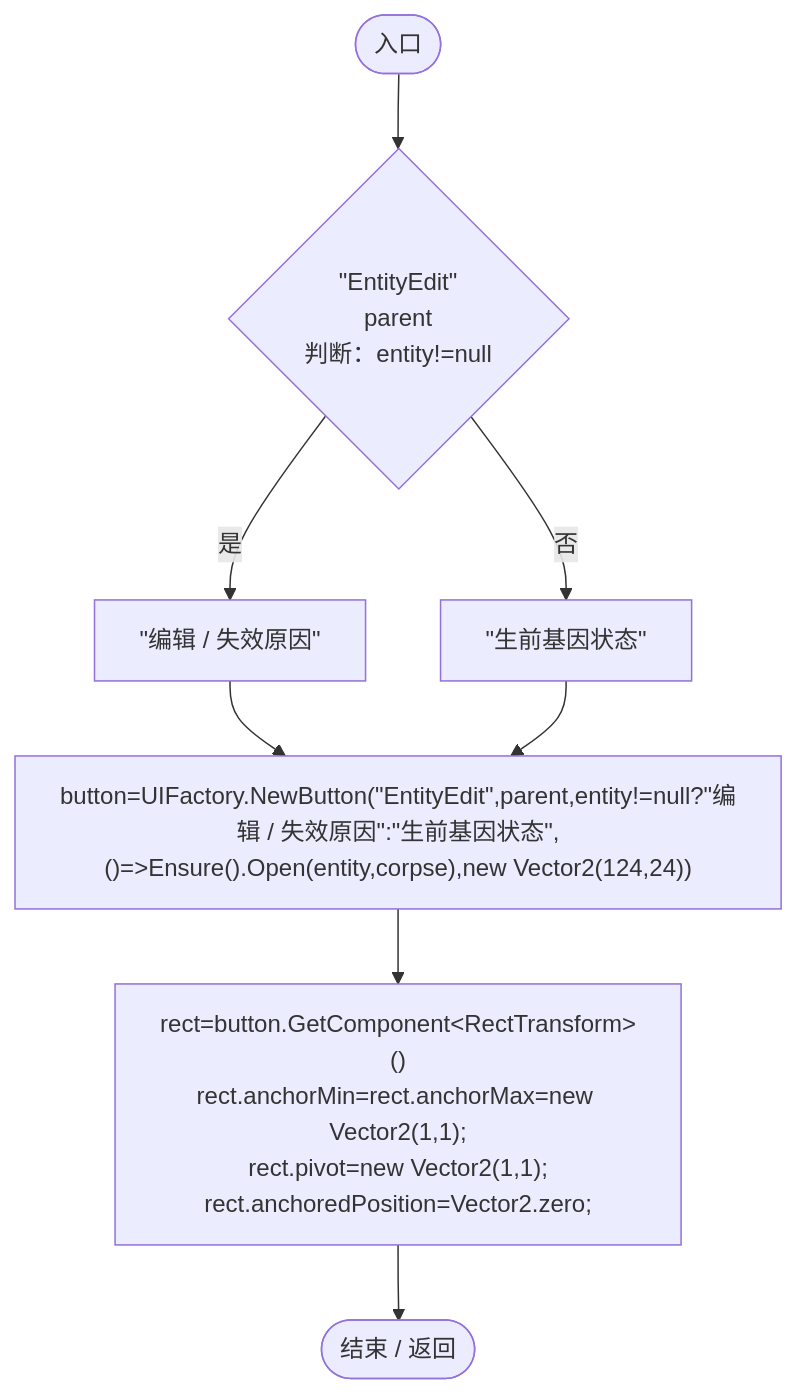
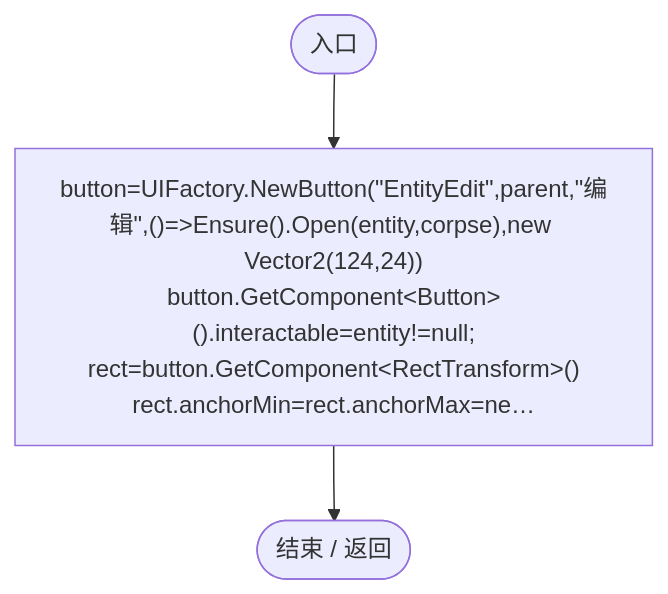
One commit to xhs6666/Darwin_paradise changed the sixth of 15 diagrams in Docs/运行流程图/脚本/79ed73ecd9855f79.md. Above: the diagram before and after it, drawn with Mermaid. The commit also changed other lines of this file and 240 other files, not shown here.

````diff
--- a/Docs/运行流程图/脚本/79ed73ecd9855f79.md
+++ b/Docs/运行流程图/脚本/79ed73ecd9855f79.md
@@ -136,18 +136,9 @@
 ```mermaid
 flowchart TD
   b0(["入口"])
-  b1{"&quot;EntityEdit&quot;<br/>parent<br/>判断：entity!=null"}
-  b2["&quot;编辑 / 失效原因&quot;"]
-  b3["&quot;生前基因状态&quot;"]
-  b4["button=UIFactory.NewButton(&quot;EntityEdit&quot;,parent,entity!=null?&quot;编辑 / 失效原因&quot;:&quot;生前基因状态&quot;,()=&gt;Ensure().Open(entity,corpse),new Vector2(124,24))"]
-  b5["rect=button.GetComponent&lt;RectTransform&gt;()<br/>rect.anchorMin=rect.anchorMax=new Vector2(1,1);<br/>rect.pivot=new Vector2(1,1);<br/>rect.anchoredPosition=Vector2.zero;"]
-  b6(["结束 / 返回"])
+  b1["button=UIFactory.NewButton(&quot;EntityEdit&quot;,parent,&quot;编辑&quot;,()=&gt;Ensure().Open(entity,corpse),new Vector2(124,24))<br/>button.GetComponent&lt;Button&gt;().interactable=entity!=null;<br/>rect=button.GetComponent&lt;RectTransform&gt;()<br/>rect.anchorMin=rect.anchorMax=ne…"]
+  b2(["结束 / 返回"])
   b0 --> b1
-  b1 -->|"是"| b2
-  b1 -->|"否"| b3
-  b2 --> b4
-  b3 --> b4
-  b4 --> b5
-  b5 --> b6
+  b1 --> b2
 
 ```
````
